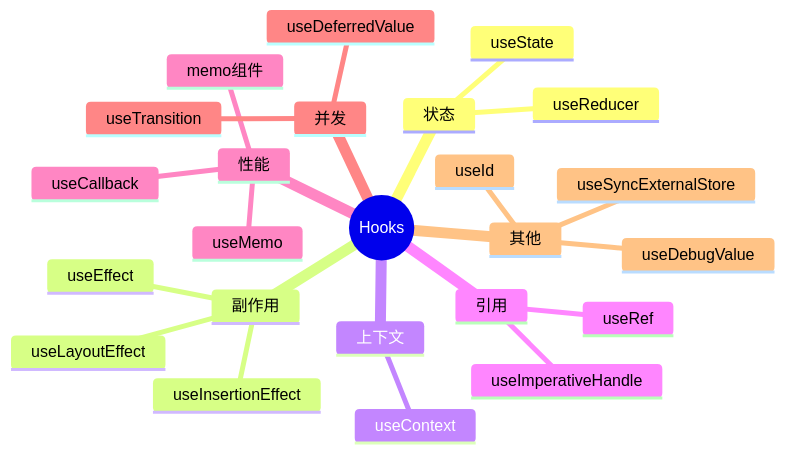
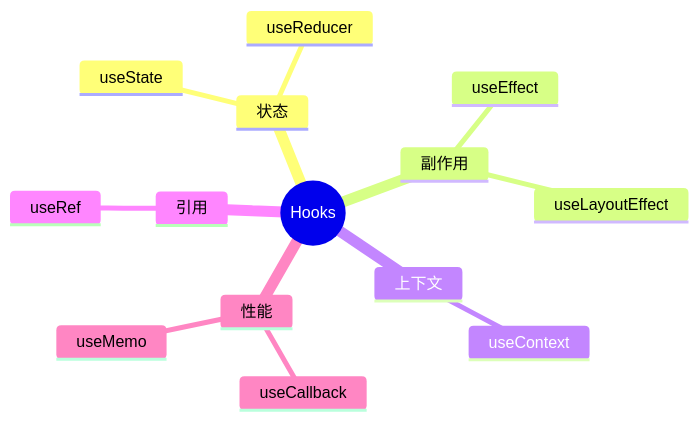
Before and after one commit to YancyZ/Knowledge-base: the first of 2 diagrams in 前端框架篇/React/05-Hooks体系/00-Hooks总览与规则.md, drawn with Mermaid. The commit also changed other lines of this file and 224 other files, not shown here.

````diff
--- a/前端框架篇/React/05-Hooks体系/00-Hooks总览与规则.md
+++ b/前端框架篇/React/05-Hooks体系/00-Hooks总览与规则.md
@@ -33,27 +44,17 @@
 ```mermaid
 mindmap
   root((Hooks))
     状态
       useState
       useReducer
     副作用
       useEffect
       useLayoutEffect
-      useInsertionEffect
     上下文
       useContext
     引用
       useRef
-      useImperativeHandle
     性能
       useMemo
       useCallback
-      memo组件
-    并发
-      useTransition
-      useDeferredValue
-    其他
-      useId
-      useSyncExternalStore
-      useDebugValue
 ```
````
